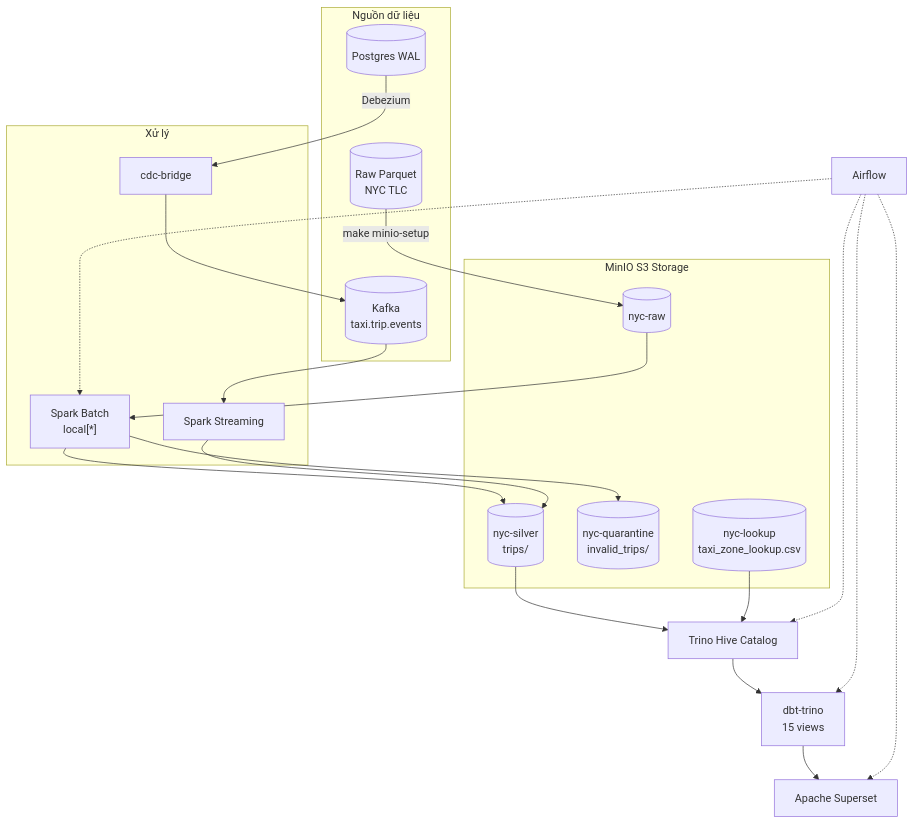
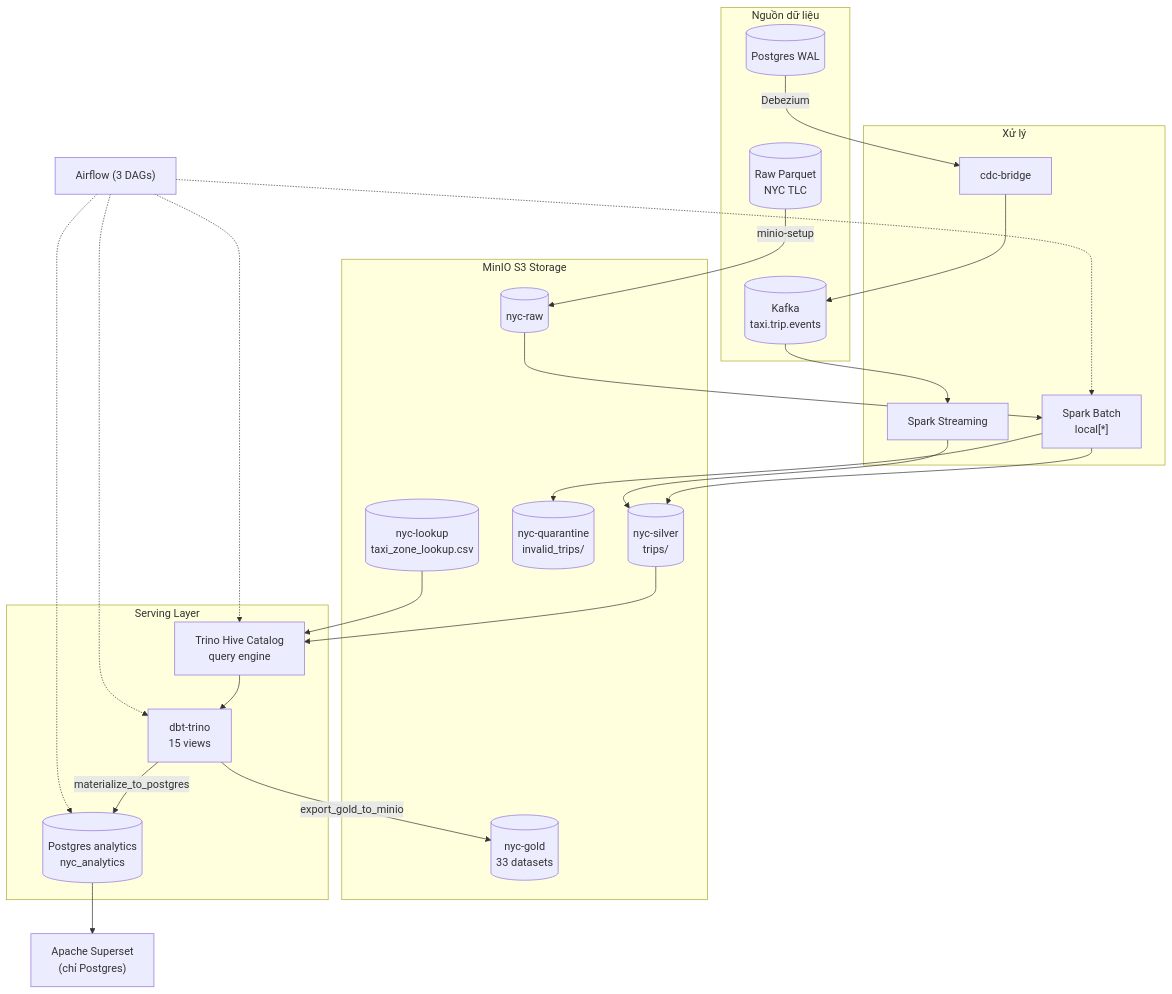
One commit to DawieMalmsteel/nyc_new changed the diagram in README_vi.md. Above: the diagram before and after it, drawn with Mermaid. The commit also changed other lines of this file and 1 other file, not shown here.

First line of the commit message:
docs: update READMEs for Postgres analytics + Superset-only flow

````diff
--- a/README_vi.md
+++ b/README_vi.md
@@ -24,35 +39,44 @@
 ```mermaid
 flowchart TD
     subgraph SOURCE["Nguồn dữ liệu"]
         RP[("Raw Parquet<br/>NYC TLC")]
         K1[("Kafka<br/>taxi.trip.events")]
         PG[("Postgres WAL")]
     end
 
     subgraph MINIO["MinIO S3 Storage"]
         RAW[("nyc-raw")]
         SILVER[("nyc-silver<br/>trips/")]
         QUARANTINE[("nyc-quarantine<br/>invalid_trips/")]
         LOOKUP[("nyc-lookup<br/>taxi_zone_lookup.csv")]
+        GOLD[("nyc-gold<br/>33 datasets")]
     end
 
     subgraph PROCESS["Xử lý"]
         SB["Spark Batch<br/>local[*]"]
         SS["Spark Streaming"]
         BRIDGE[cdc-bridge]
     end
 
-    RP -->|make minio-setup| RAW
+    subgraph SERVE["Serving Layer"]
+        TRINO["Trino Hive Catalog<br/>query engine"]
+        DBT["dbt-trino<br/>15 views"]
+        PGDB[("Postgres analytics<br/>nyc_analytics")]
+    end
+
+    RP -->|minio-setup| RAW
     RAW --> SB
     SB --> SILVER
     SB --> QUARANTINE
     K1 --> SS
     SS --> SILVER
     PG -->|Debezium| BRIDGE --> K1
 
-    SILVER --> TRINO[Trino Hive Catalog]
+    SILVER --> TRINO
     LOOKUP --> TRINO
-    TRINO --> DBT[dbt-trino<br/>15 views]
-    DBT --> SUPERSET[Apache Superset]
-    AIRFLOW[Airflow] -..-> SB & TRINO & DBT & SUPERSET
+    TRINO --> DBT
+    DBT -->|export_gold_to_minio| GOLD
+    DBT -->|materialize_to_postgres| PGDB
+    AIRFLOW["Airflow (3 DAGs)"] -..-> SB & TRINO & DBT & PGDB
+    PGDB --> SUPERSET["Apache Superset<br/>(chỉ Postgres)"]
 ```
````
